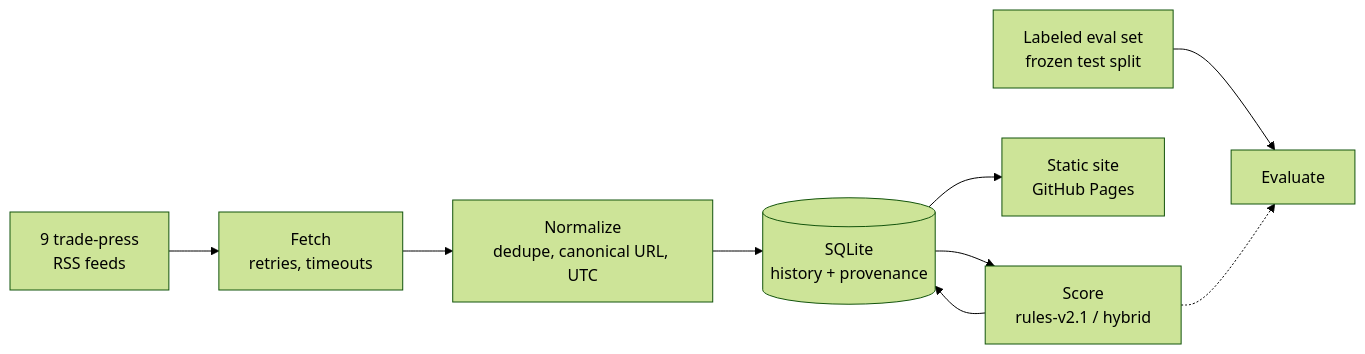
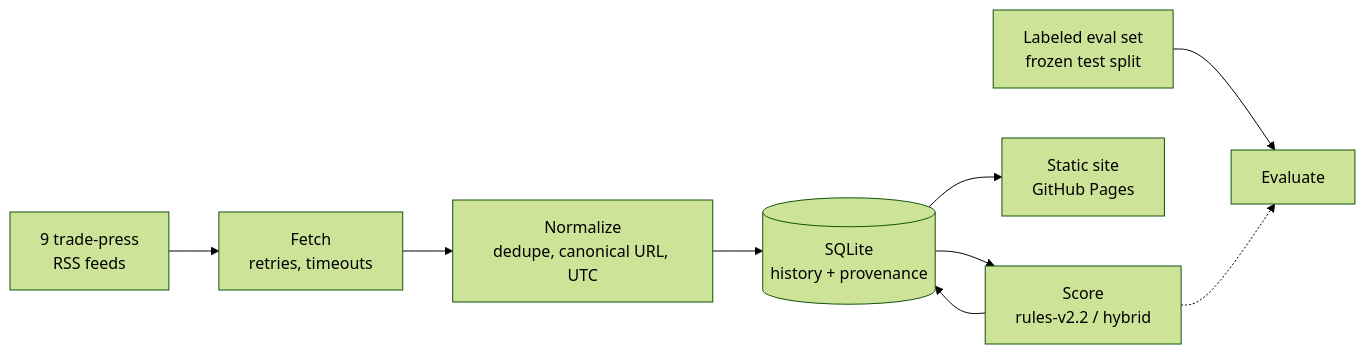
The diagram in README.md (Qiao527/opsrisk-radar), drawn with Mermaid (forest theme) before and after one commit. The commit also changed other lines of this file and 6 other files, not shown here.

````diff
--- a/README.md
+++ b/README.md
@@ -65,11 +65,11 @@
 ```mermaid
 flowchart LR
     A[9 trade-press<br/>RSS feeds] --> B[Fetch<br/>retries, timeouts]
     B --> C[Normalize<br/>dedupe, canonical URL, UTC]
     C --> D[(SQLite<br/>history + provenance)]
-    D --> E[Score<br/>rules-v2.1 / hybrid]
+    D --> E[Score<br/>rules-v2.2 / hybrid]
     E --> D
     D --> F[Static site<br/>GitHub Pages]
     G[Labeled eval set<br/>frozen test split] --> H[Evaluate]
     E -.-> H
 ```
````
